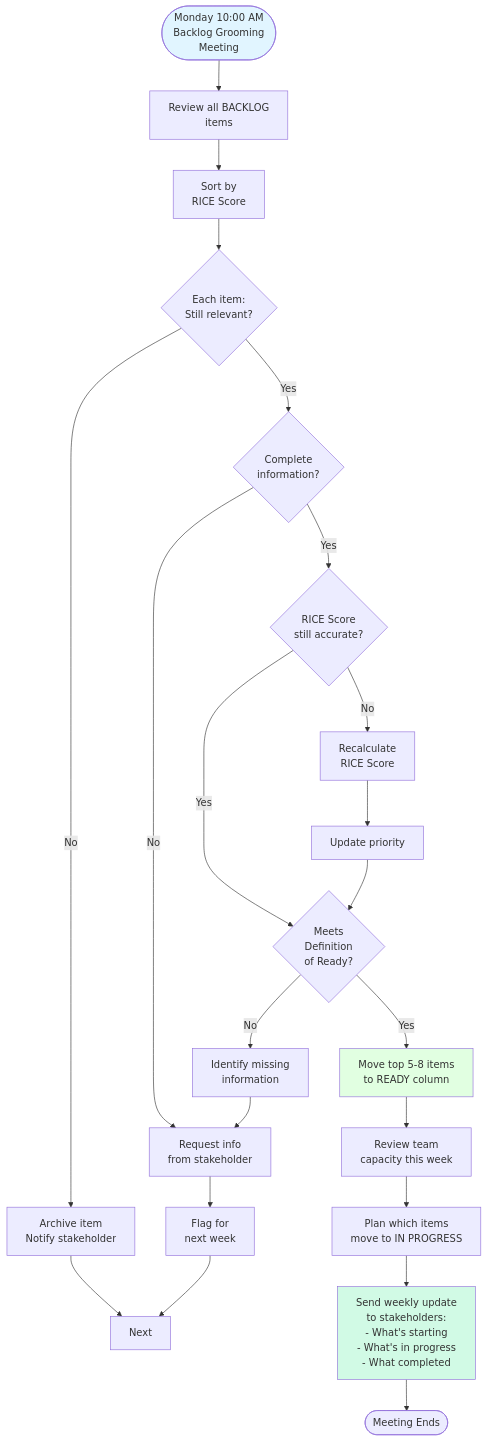
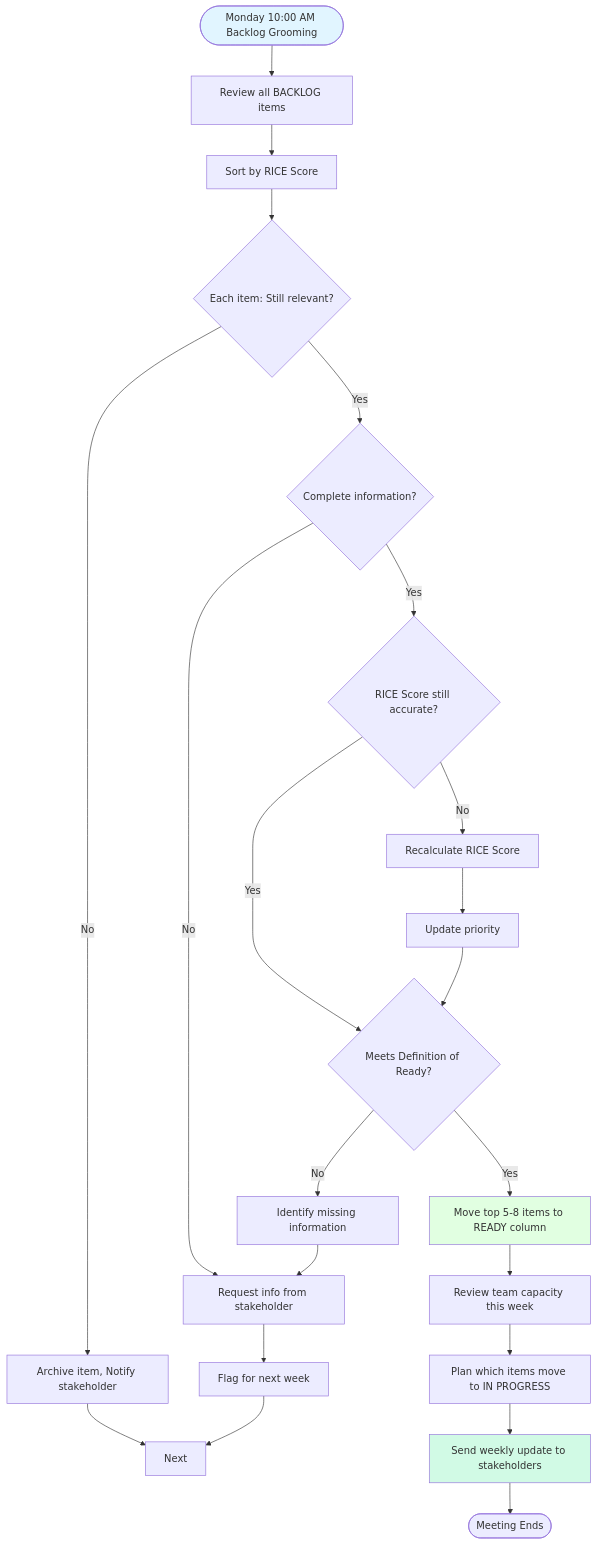
The seventh of 10 diagrams in docs/ejemplo/01-global/demand-management/diagrams/demand-management-diagrams.md (Nebiath/Architecture-design-documentation), drawn with Mermaid before and after one commit. The commit also changed other lines of this file, not shown here.

Commit message:
Mermaid rendering inconsistencies.

````diff
--- a/docs/ejemplo/01-global/demand-management/diagrams/demand-management-diagrams.md
+++ b/docs/ejemplo/01-global/demand-management/diagrams/demand-management-diagrams.md
@@ -364,43 +365,43 @@
 ```mermaid
 graph TD
-    Start([Monday 10:00 AM<br/>Backlog Grooming<br/>Meeting]) --> Review[Review all BACKLOG<br/>items]
+    Start([Monday 10:00 AM Backlog Grooming]) --> Review[Review all BACKLOG items]
 
-    Review --> Sort[Sort by<br/>RICE Score]
+    Review --> Sort[Sort by RICE Score]
 
-    Sort --> Check{Each item:<br/>Still relevant?}
+    Sort --> Check{Each item: Still relevant?}
 
-    Check -->|No| Archive[Archive item<br/>Notify stakeholder]
+    Check -->|No| Archive[Archive item, Notify stakeholder]
 
-    Check -->|Yes| Info{Complete<br/>information?}
+    Check -->|Yes| Info{Complete information?}
 
-    Info -->|No| Request[Request info<br/>from stakeholder]
-    Request --> Flag[Flag for<br/>next week]
+    Info -->|No| Request[Request info from stakeholder]
+    Request --> Flag[Flag for next week]
 
-    Info -->|Yes| Score{RICE Score<br/>still accurate?}
+    Info -->|Yes| Score{RICE Score still accurate?}
 
-    Score -->|No| Rescore[Recalculate<br/>RICE Score]
+    Score -->|No| Rescore[Recalculate RICE Score]
     Rescore --> Update[Update priority]
 
-    Score -->|Yes| Ready{Meets<br/>Definition<br/>of Ready?}
+    Score -->|Yes| Ready{Meets Definition of Ready?}
 
-    Ready -->|No| Missing[Identify missing<br/>information]
+    Ready -->|No| Missing[Identify missing information]
     Missing --> Request
 
-    Ready -->|Yes| Move[Move top 5-8 items<br/>to READY column]
+    Ready -->|Yes| Move[Move top 5-8 items to READY column]
 
     Update --> Ready
     Archive --> Next
     Flag --> Next
 
-    Move --> Capacity[Review team<br/>capacity this week]
+    Move --> Capacity[Review team capacity this week]
 
-    Capacity --> Plan[Plan which items<br/>move to IN PROGRESS]
+    Capacity --> Plan[Plan which items move to IN PROGRESS]
 
-    Plan --> Communicate[Send weekly update<br/>to stakeholders:<br/>- What's starting<br/>- What's in progress<br/>- What completed]
+    Plan --> Communicate[Send weekly update to stakeholders]
 
     Communicate --> End([Meeting Ends])
 
     style Start fill:#e1f5ff
     style Move fill:#e1ffe1
     style Communicate fill:#d1fae5
 ```
````
